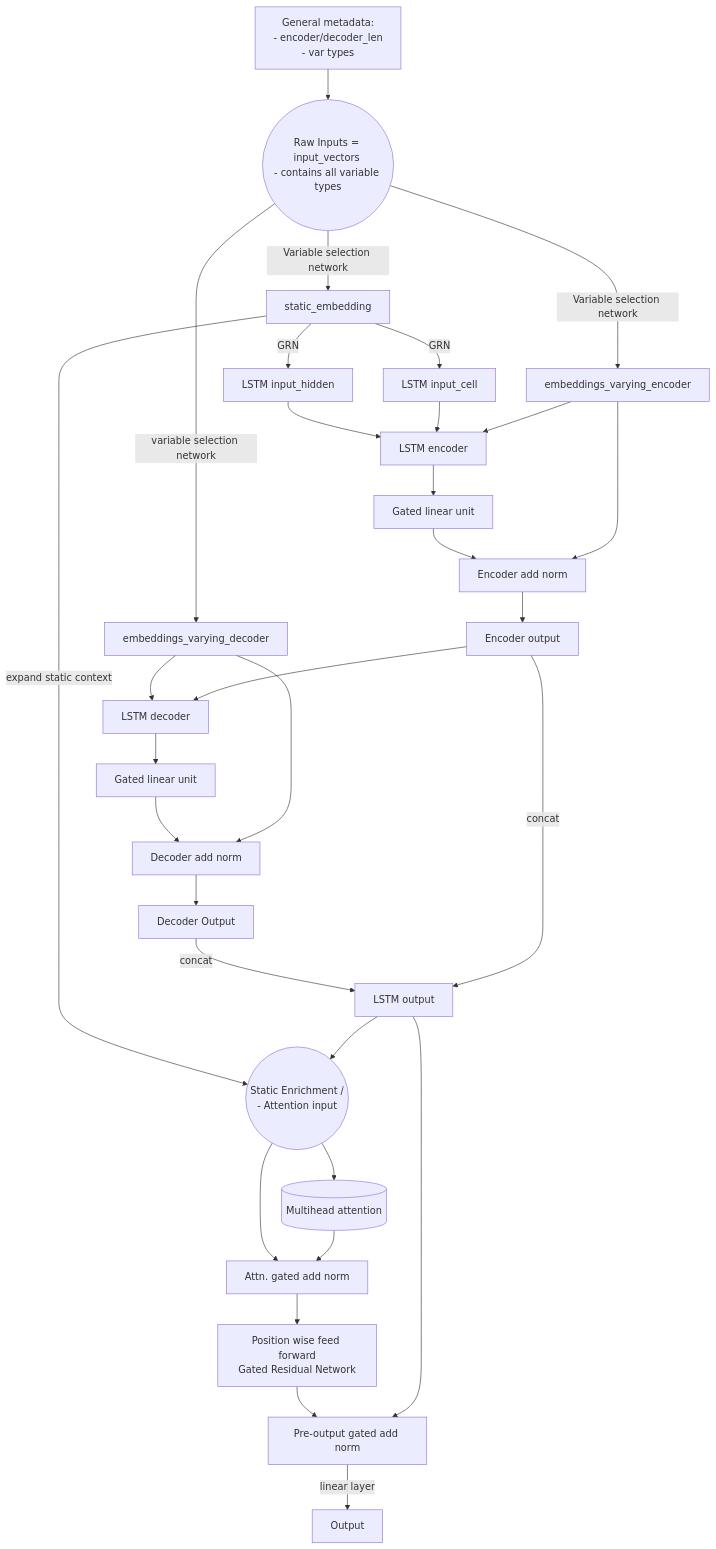
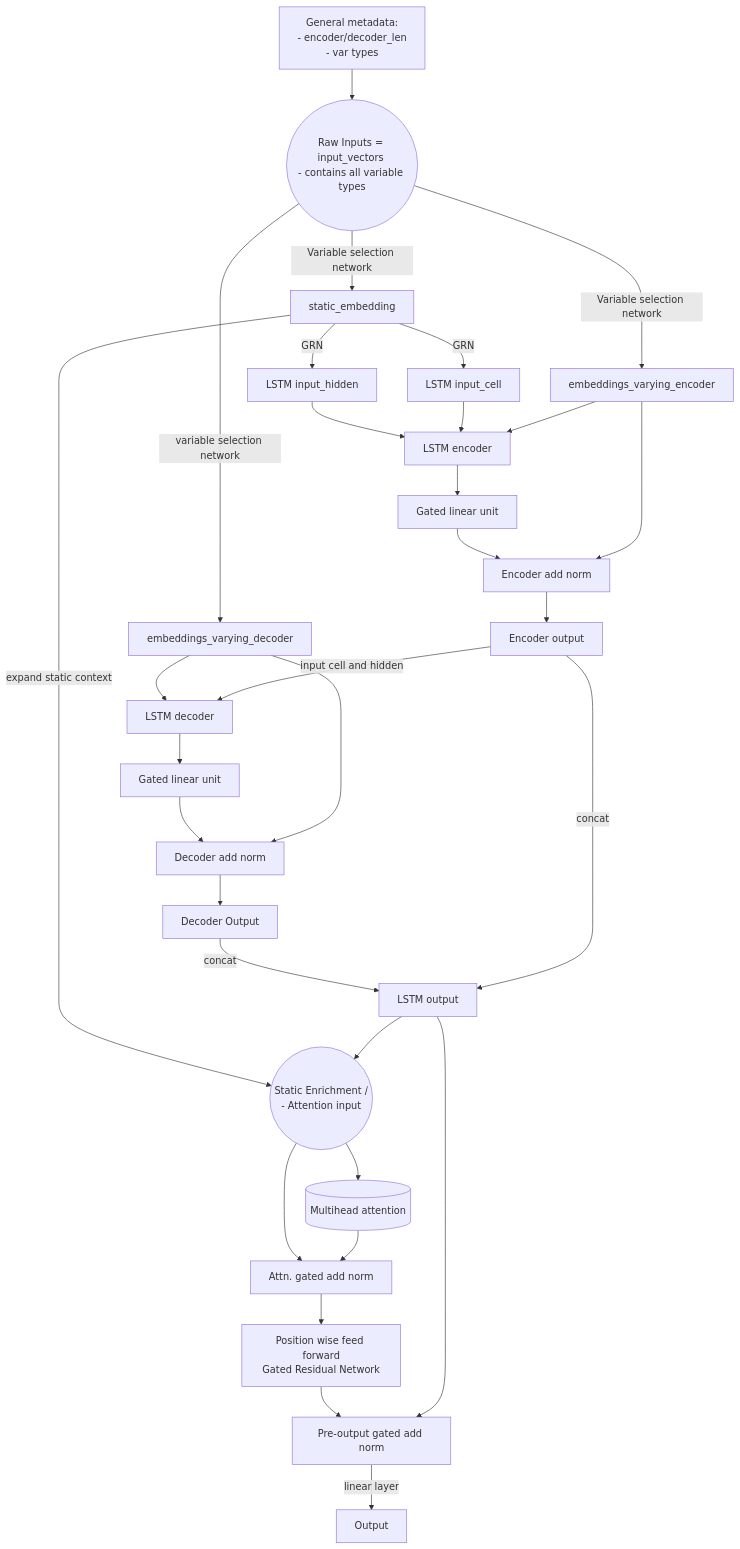
One commit to Luke-Chesley/tft_development changed the second of 2 diagrams in readme.md. Above: the diagram before and after it, drawn with Mermaid.

Commit message:
modified:   readme.md

````diff
--- a/readme.md
+++ b/readme.md
@@ -39,66 +39,66 @@
 ```mermaid
 
 graph TD
     %% Input, embeddings and variable selection
     A[General metadata: <br>- encoder/decoder_len <br>- var types] --> B
     B((Raw Inputs = input_vectors <br>- contains all variable types)) -->|Variable selection network| C[static_embedding]
     D[embeddings_varying_encoder]
     B --> |Variable selection network|D
     E[embeddings_varying_decoder]
     B --> |variable selection network|E
 
     %% LSTM
     F[LSTM input_hidden]
     G[LSTM input_cell]
     C --> |GRN|F
     C --> |GRN|G
 
     %% encoder
     H[LSTM encoder]
     F --> H
     G --> H
     D --> H
     II[Gated linear unit]
     III[Encoder add norm]
     I[Encoder output]
     H --> II
     II --> III
     D --> III
     III --> I
 
     %% decoder
     J[LSTM decoder]
     E --> J
-    I --> J
+    I -->|input cell and hidden| J
     K[Decoder Output]
     KK[Gated linear unit]
     DK[Decoder add norm]
     J --> KK
     KK --> DK
     DK --> K 
     E --> DK
     KKK[LSTM output]
     K -->|concat| KKK
     I -->|concat| KKK
 
     %% Static Enrichment
     L((Static Enrichment /<br>- Attention input))
     C -->|expand static context| L
     KKK --> L
 
     %% attention
     M[(Multihead attention)] 
     L --> M
     NN[Position wise feed forward<br>Gated Residual Network]
     NNN[Attn. gated add norm]
     L --> NNN
     N[Pre-output gated add norm]
     M --> NNN
     NNN --> NN
     NN --> N
     KKK --> N
 
     %% output
     O[Output]
     N --> |linear layer|O
 ```
````
